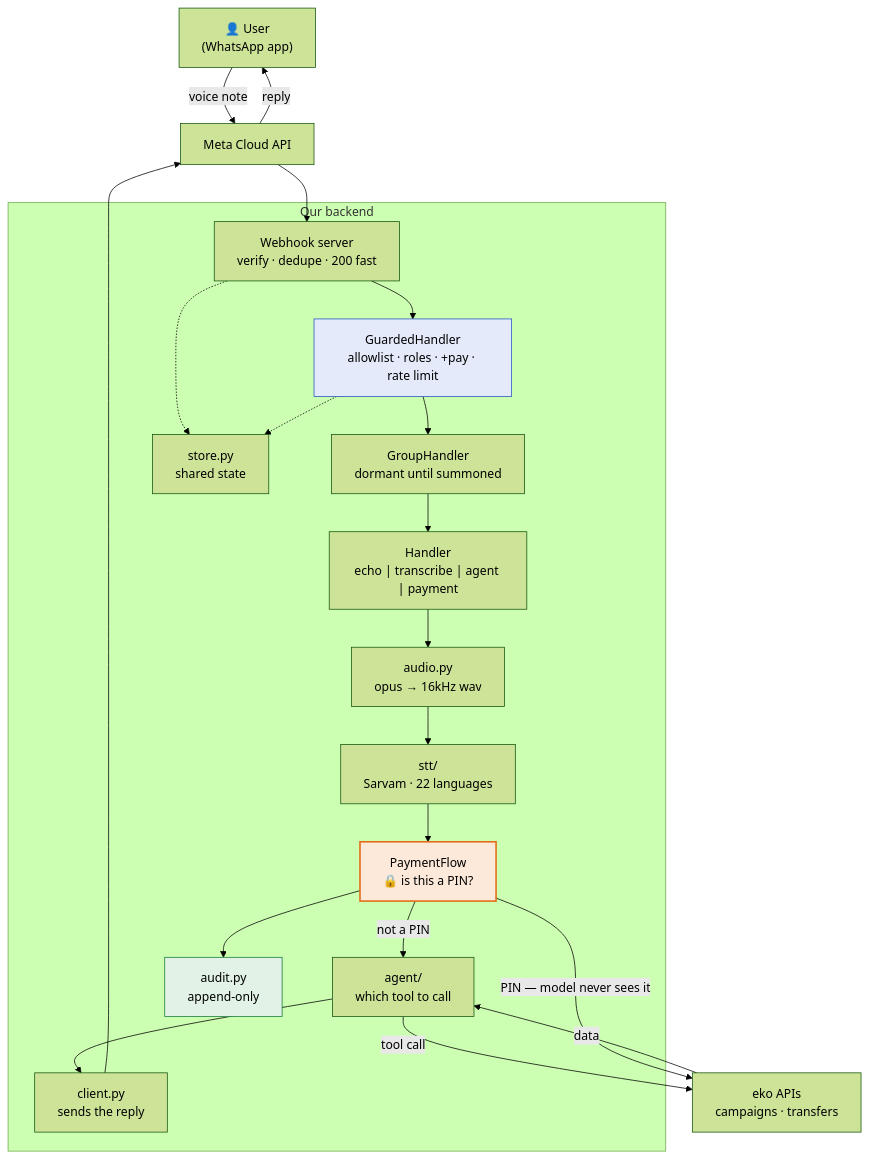
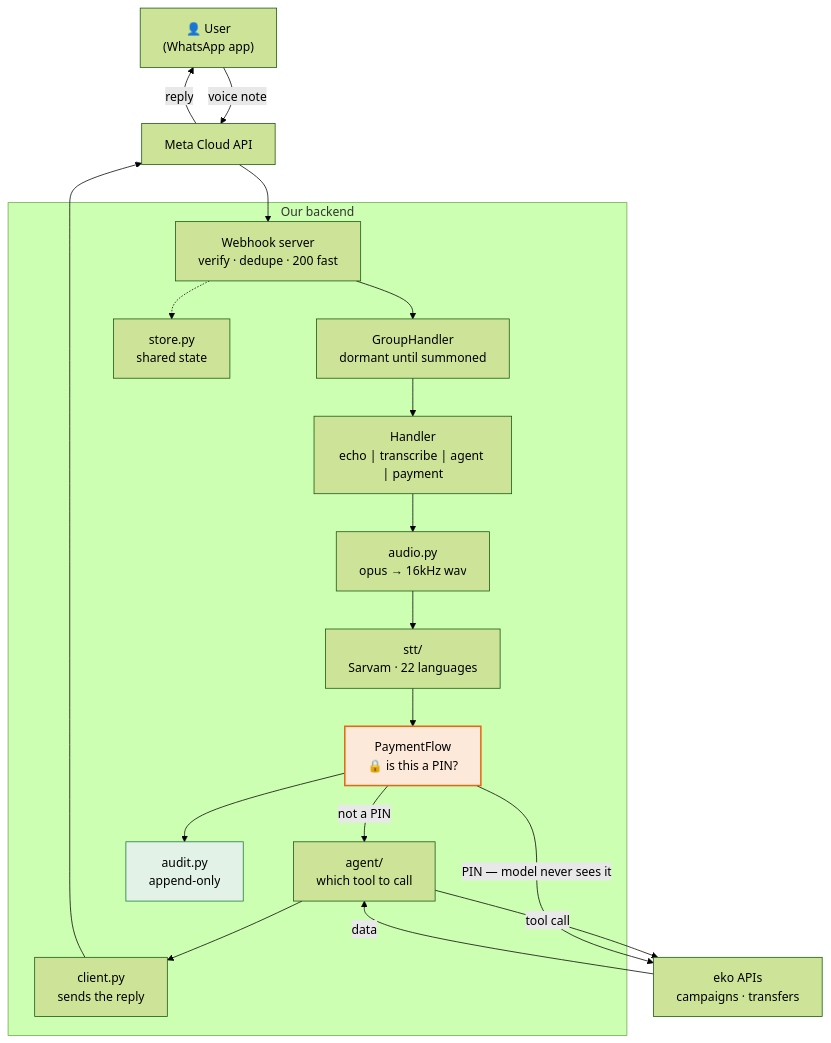
One commit to royalljaat2006/WA_VOXO changed the first of 10 diagrams in docs/ARCHITECTURE.md. Above: the diagram before and after it, drawn with Mermaid (forest theme). The commit also changed other lines of this file and 69 other files, not shown here.

````diff
--- a/docs/ARCHITECTURE.md
+++ b/docs/ARCHITECTURE.md
@@ -18,36 +18,33 @@
 ```mermaid
 graph TD
     U["👤 User<br/>(WhatsApp app)"]
     M["Meta Cloud API"]
 
     subgraph OURS["Our backend"]
         W["Webhook server<br/>verify · dedupe · 200 fast"]
-        GRD["GuardedHandler<br/>allowlist · roles · +pay · rate limit"]
         GRP["GroupHandler<br/>dormant until summoned"]
         H["Handler<br/>echo | transcribe | agent | payment"]
         A["audio.py<br/>opus → 16kHz wav"]
         S["stt/<br/>Sarvam · 22 languages"]
         PF["PaymentFlow<br/>🔒 is this a PIN?"]
         AG["agent/<br/>which tool to call"]
         C["client.py<br/>sends the reply"]
         AUD["audit.py<br/>append-only"]
         ST["store.py<br/>shared state"]
     end
 
     E["eko APIs<br/>campaigns · transfers"]
 
-    U -->|"voice note"| M --> W --> GRD --> GRP --> H
+    U -->|"voice note"| M --> W --> GRP --> H
     H --> A --> S --> PF
     PF -->|"not a PIN"| AG
     AG -->|"tool call"| E
     E -->|"data"| AG
     PF -->|"PIN — model never sees it"| E
     PF --> AUD
     AG --> C --> M -->|"reply"| U
     W -.-> ST
-    GRD -.-> ST
 
     style PF fill:#fce9d9,stroke:#e5670f,stroke-width:2px
     style AUD fill:#e2f2e7,stroke:#127a38
-    style GRD fill:#e4eafa,stroke:#2452c0
 ```
````
